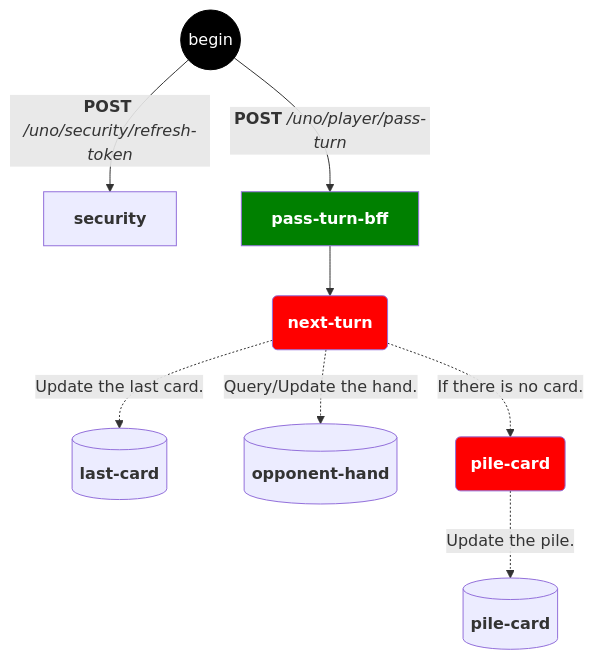
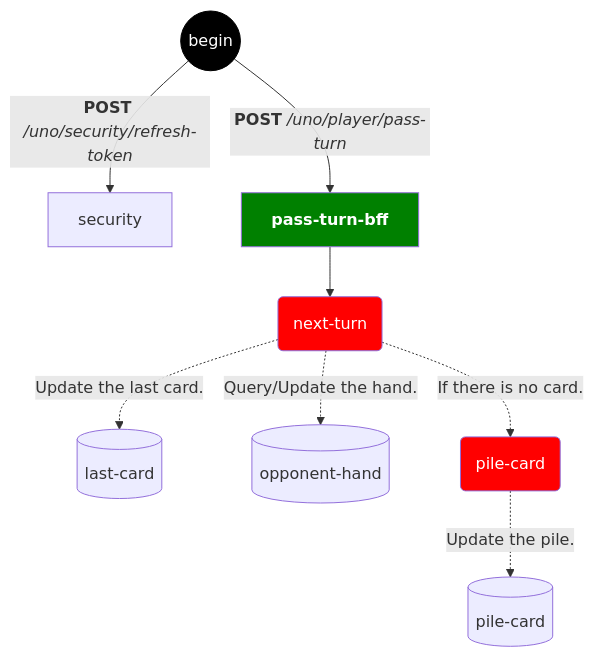
Before and after one commit to olbiwan/uno: the third of 3 diagrams in README.md, drawn with Mermaid. The commit also changed other lines of this file, not shown here.

````diff
--- a/README.md
+++ b/README.md
@@ -68,15 +70,15 @@
 ```mermaid
 flowchart TD
-    U((begin)) -->|<b>POST</b> <i>/uno/security/refresh-token</i>| Z[<b>security</b>]
+    U((begin)) -->|<b>POST</b> <i>/uno/security/refresh-token</i>| Z[security]
     U -->|<b>POST</b> <i>/uno/player/pass-turn</i>| FD[<b>pass-turn-bff</b>]
-    FD --> SA(<b>next-turn</b>)
-    SA -.->|Update the last card.| HLC[(<b>last-card</b>)]
-    SA -.->|Query/Update the hand.| HOH[(<b>opponent-hand</b>)]
-    SB(<b>pile-card</b>) -.->|Update the pile.| HPC[(<b>pile-card</b>)]
+    FD --> SA(next-turn)
+    SA -.->|Update the last card.| HLC[(last-card)]
+    SA -.->|Query/Update the hand.| HOH[(opponent-hand)]
+    SB(pile-card) -.->|Update the pile.| HPC[(pile-card)]
     SA -.->|If there is no card.| SB
     classDef first color:#fff,fill:green;
     classDef second color:#fff,fill:red;
     style U  color:#fff,fill:#000,stroke:#000;
     class FB,FC,FD first;
     class SA,SB,SC second;
 ```
````
